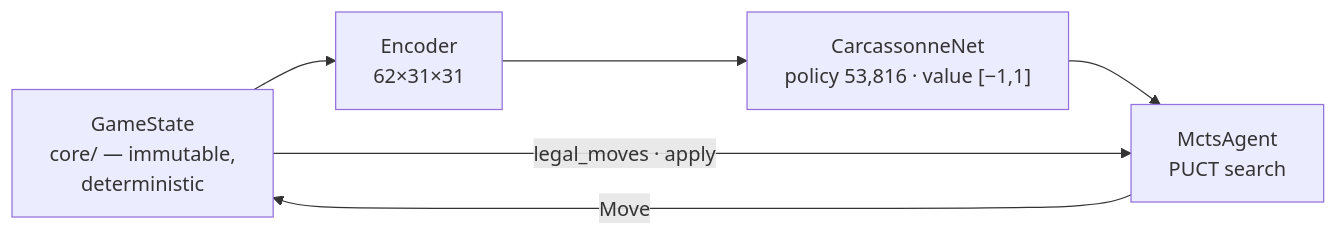
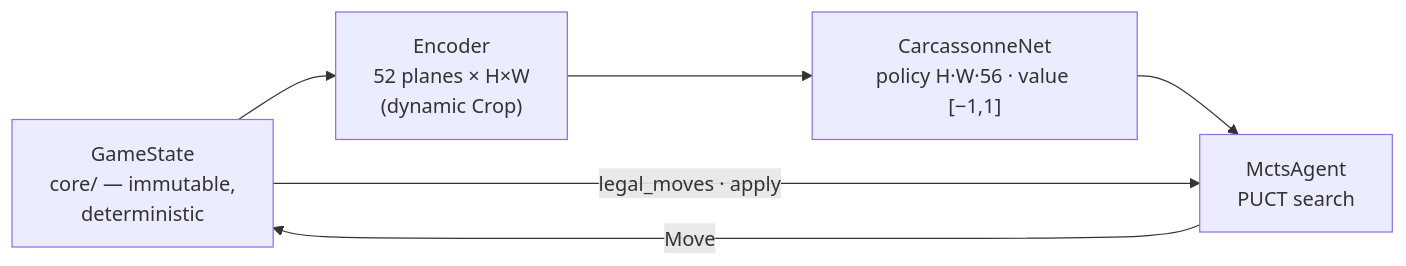
Before and after one commit to tomekhotdog/MeepleZero: the first of 3 diagrams in README.md, drawn with Mermaid. The commit also changed other lines of this file and 3 other files, not shown here.

Commit message:
docs: refresh README + guides for dynamic-crop architecture

````diff
--- a/README.md
+++ b/README.md
@@ -30,8 +33,8 @@
 ```mermaid
 flowchart LR
-    GS["GameState<br>core/ — immutable,<br>deterministic"] --> ENC["Encoder<br>62×31×31"]
-    ENC --> NET["CarcassonneNet<br>policy 53,816 · value [−1,1]"]
+    GS["GameState<br>core/ — immutable,<br>deterministic"] --> ENC["Encoder<br>52 planes × H×W<br>(dynamic Crop)"]
+    ENC --> NET["CarcassonneNet<br>policy H·W·56 · value [−1,1]"]
     NET --> MCTS["MctsAgent<br>PUCT search"]
     GS -- "legal_moves · apply" --> MCTS
     MCTS -- "Move" --> GS
 ```
````
